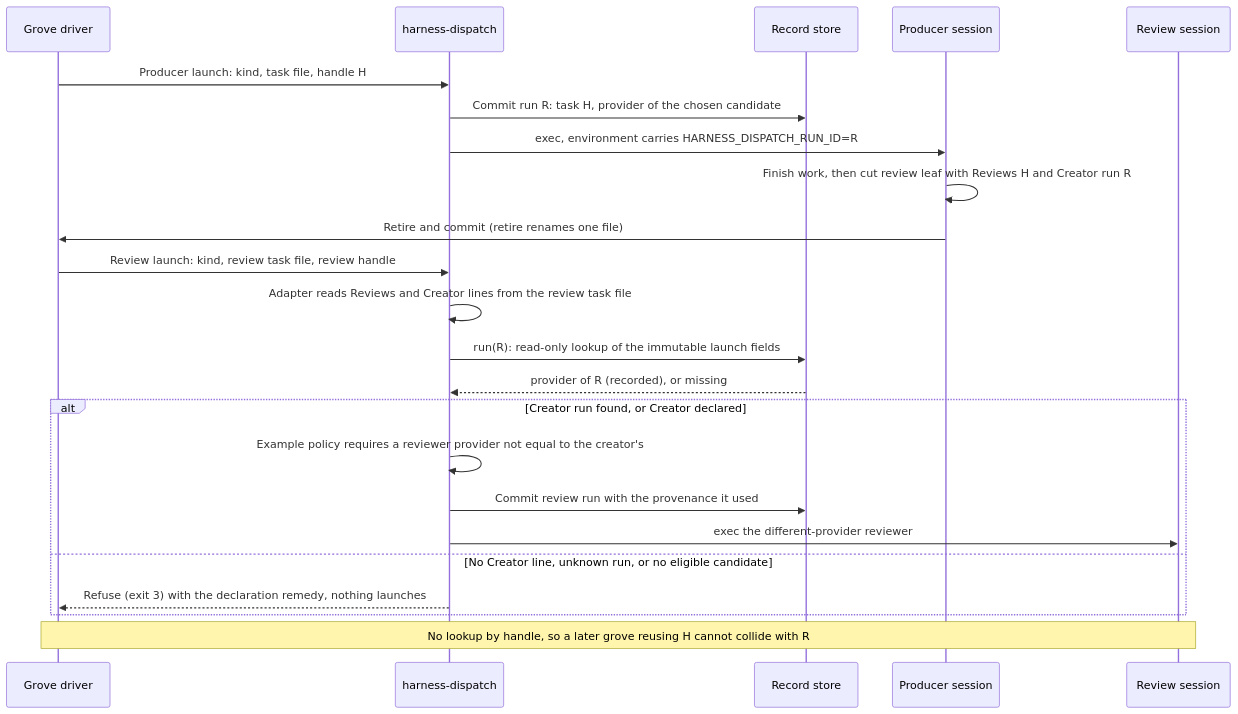
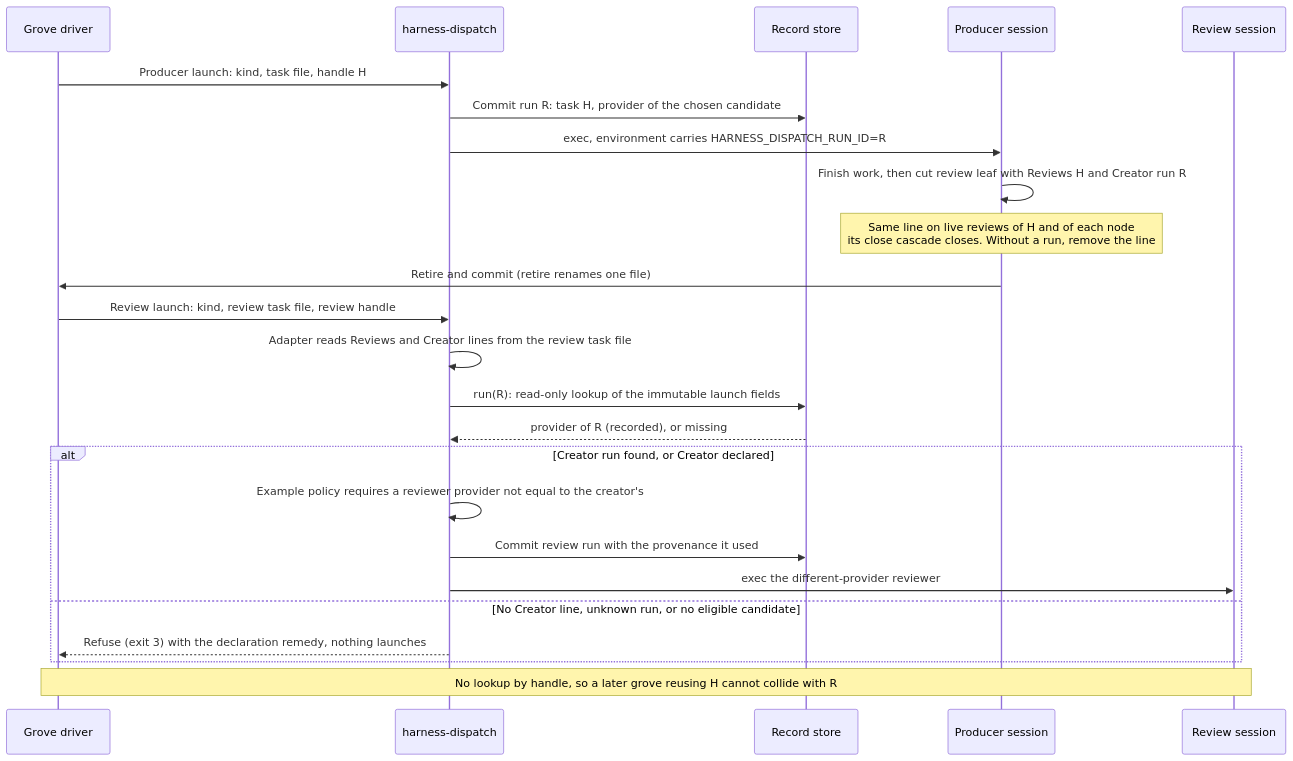
The diagram in docs/design/harness-selection-and-execution/creator-flow.mmd (Linkuistics/grove), drawn with Mermaid before and after one commit. The commit also changed 8 other files, not shown here.

```diff
--- a/docs/design/harness-selection-and-execution/creator-flow.mmd
+++ b/docs/design/harness-selection-and-execution/creator-flow.mmd
@@ -1,23 +1,24 @@
 sequenceDiagram
   participant G as Grove driver
   participant D as harness-dispatch
   participant S as Record store
   participant P as Producer session
   participant V as Review session
   G->>D: Producer launch: kind, task file, handle H
   D->>S: Commit run R: task H, provider of the chosen candidate
   D->>P: exec, environment carries HARNESS_DISPATCH_RUN_ID=R
   P->>P: Finish work, then cut review leaf with Reviews H and Creator run R
+  Note over P: Same line on live reviews of H and of each node<br/>its close cascade closes. Without a run, remove the line
   P->>G: Retire and commit (retire renames one file)
   G->>D: Review launch: kind, review task file, review handle
   D->>D: Adapter reads Reviews and Creator lines from the review task file
   D->>S: run(R): read-only lookup of the immutable launch fields
   S-->>D: provider of R (recorded), or missing
   alt Creator run found, or Creator declared
     D->>D: Example policy requires a reviewer provider not equal to the creator's
     D->>S: Commit review run with the provenance it used
     D->>V: exec the different-provider reviewer
   else No Creator line, unknown run, or no eligible candidate
     D-->>G: Refuse (exit 3) with the declaration remedy, nothing launches
   end
   Note over G,V: No lookup by handle, so a later grove reusing H cannot collide with R
```
